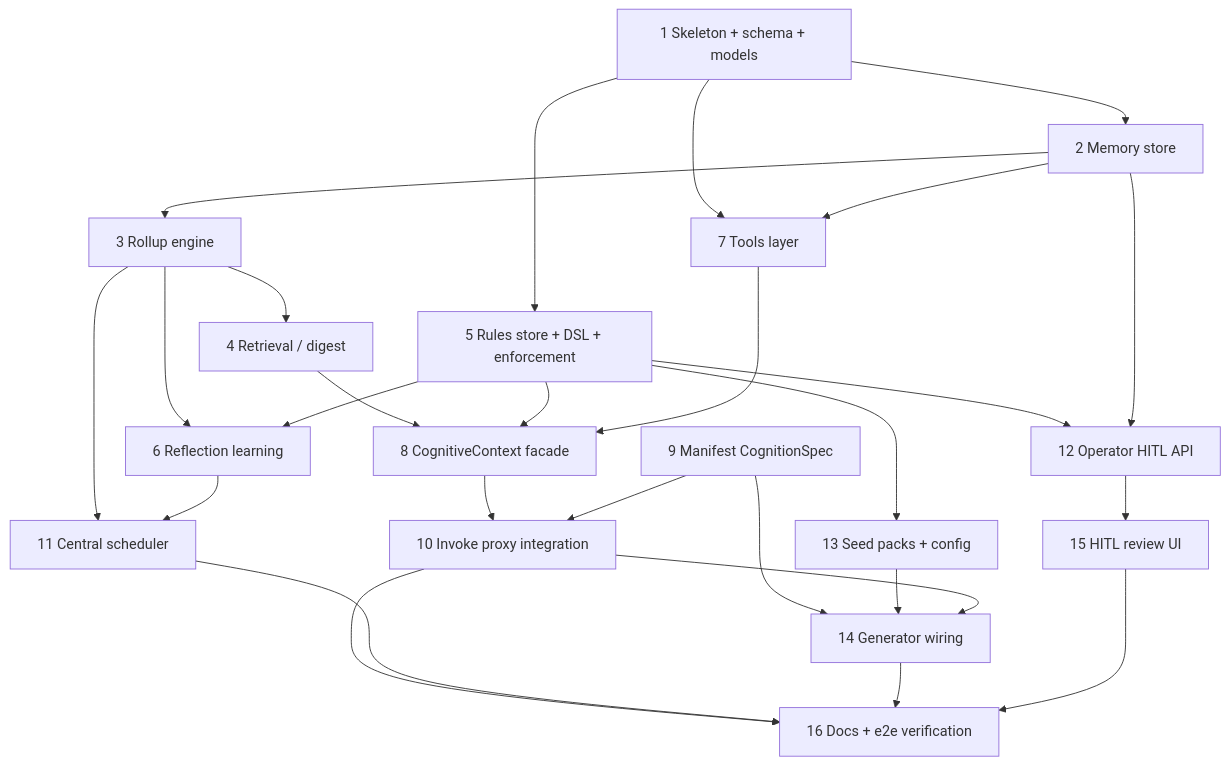
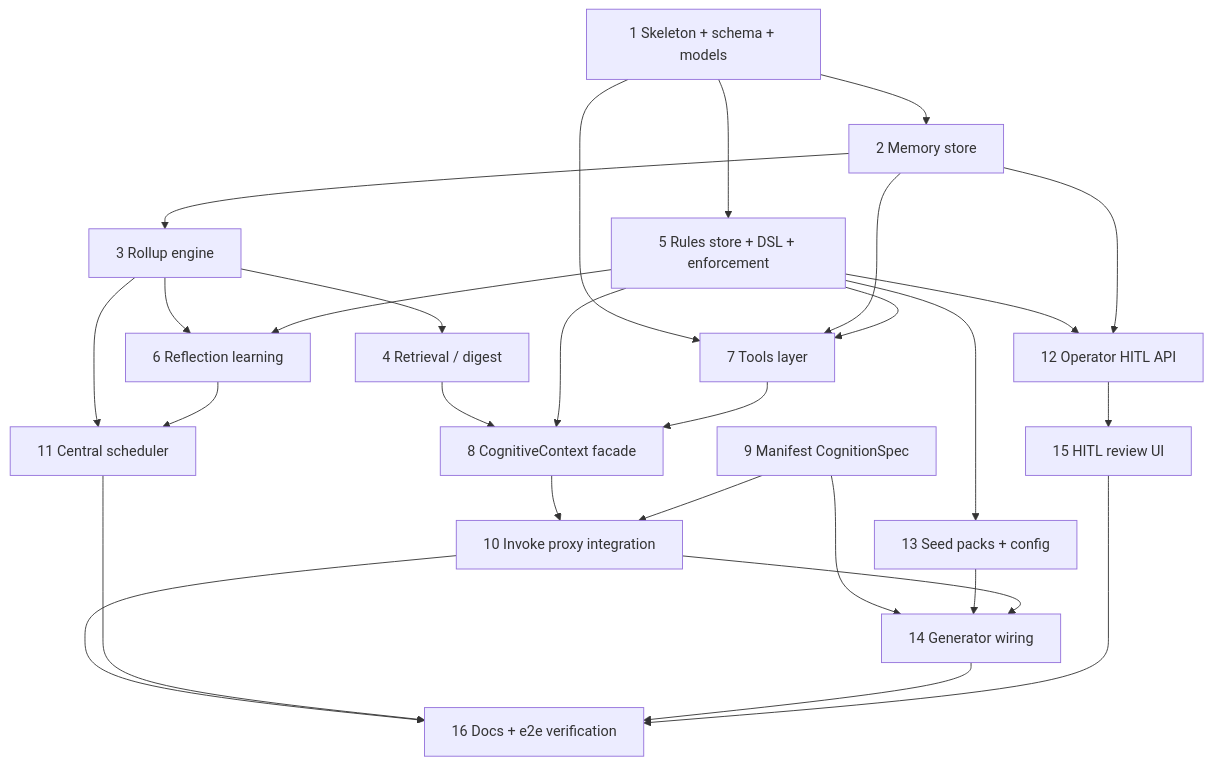
One commit to brandonkindred/Khala-Agentic-AI-Teams changed the diagram in backend/agents/agent_cognition/IMPLEMENTATION_PLAN.md. Above: the diagram before and after it, drawn with Mermaid. The commit also changed other lines of this file and 1 other file, not shown here.

````diff
--- a/backend/agents/agent_cognition/IMPLEMENTATION_PLAN.md
+++ b/backend/agents/agent_cognition/IMPLEMENTATION_PLAN.md
@@ -11,29 +11,30 @@
 ```mermaid
 flowchart TB
   S1[1 Skeleton + schema + models] --> S2[2 Memory store]
   S2 --> S3[3 Rollup engine]
   S3 --> S4[4 Retrieval / digest]
   S1 --> S5[5 Rules store + DSL + enforcement]
   S3 --> S6[6 Reflection learning]
   S5 --> S6
   S1 --> S7[7 Tools layer]
   S2 --> S7
+  S5 --> S7
   S4 --> S8[8 CognitiveContext facade]
   S5 --> S8
   S7 --> S8
   S8 --> S10[10 Invoke proxy integration]
   S9[9 Manifest CognitionSpec] --> S10
   S3 --> S11[11 Central scheduler]
   S6 --> S11
   S5 --> S12[12 Operator HITL API]
   S2 --> S12
   S5 --> S13[13 Seed packs + config]
   S9 --> S14[14 Generator wiring]
   S13 --> S14
   S10 --> S14
   S12 --> S15[15 HITL review UI]
   S10 --> S16[16 Docs + e2e verification]
   S11 --> S16
   S14 --> S16
   S15 --> S16
 ```
````
